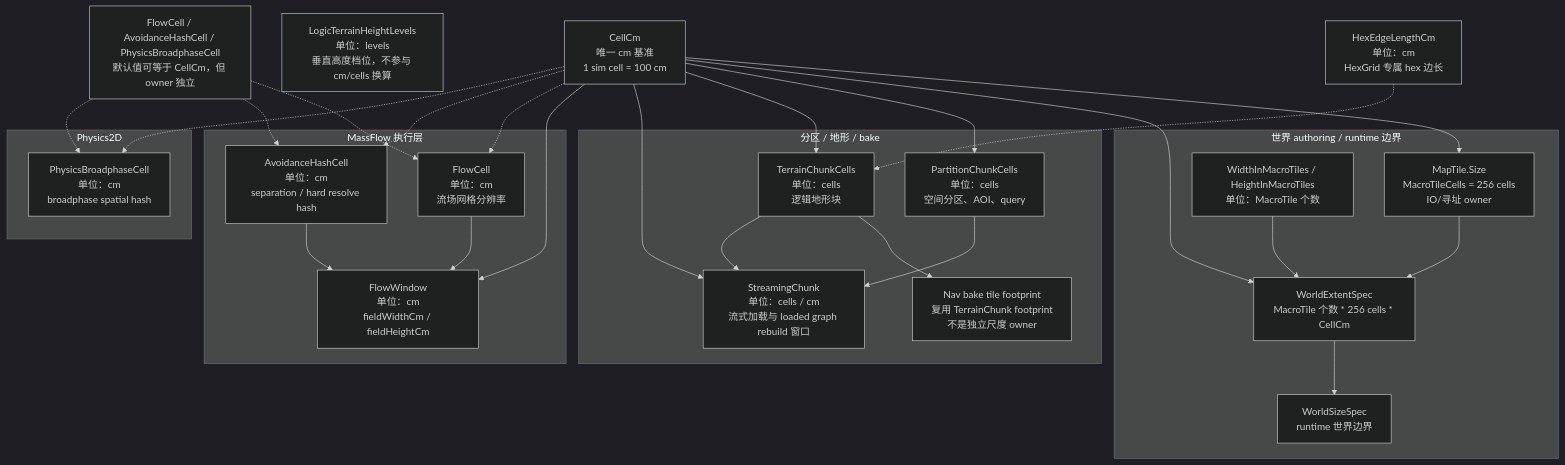
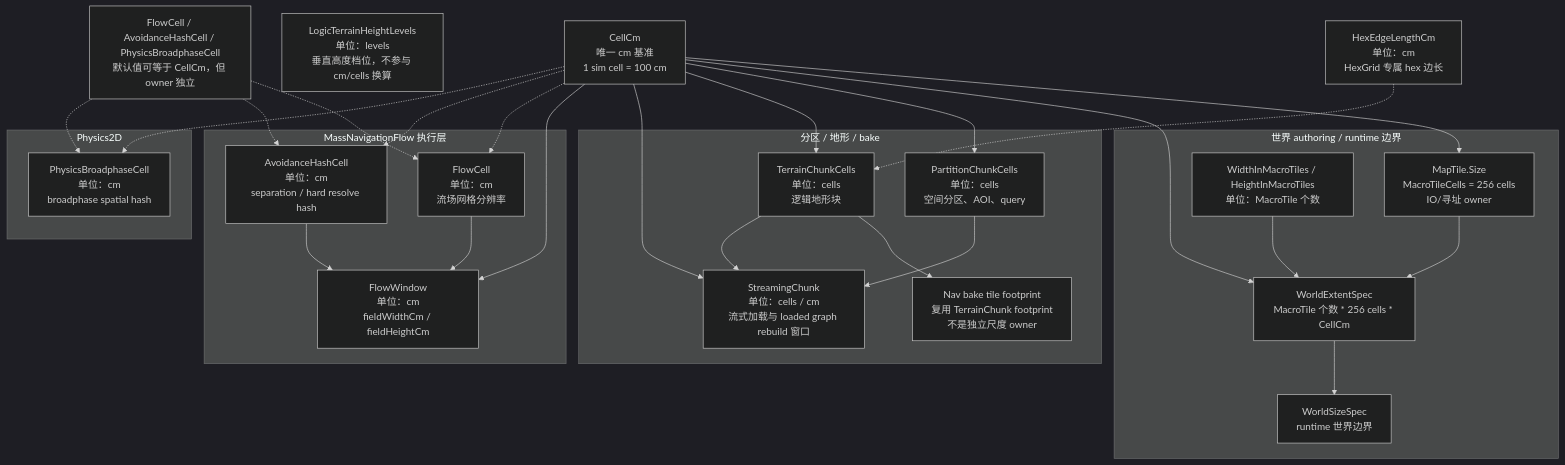
The diagram in gitbook/reference/spatial-scale-configuration.md (MightyBubble/Ludots), drawn with Mermaid (dark theme) before and after one commit. The commit also changed other lines of this file and 271 other files, not shown here.

Commit message:
Complete mass navigation remediation epic

````diff
--- a/gitbook/reference/spatial-scale-configuration.md
+++ b/gitbook/reference/spatial-scale-configuration.md
@@ -9,57 +9,57 @@
 ```mermaid
 flowchart TD
     CellCm["CellCm<br/>唯一 cm 基准<br/>1 sim cell = 100 cm"]
 
     subgraph Authoring["世界 authoring / runtime 边界"]
         MacroOwner["MapTile.Size<br/>MacroTileCells = 256 cells<br/>IO/寻址 owner"]
         MacroCount["WidthInMacroTiles / HeightInMacroTiles<br/>单位：MacroTile 个数"]
         WorldExtent["WorldExtentSpec<br/>MacroTile 个数 * 256 cells * CellCm"]
         WorldSize["WorldSizeSpec<br/>runtime 世界边界"]
     end
 
     subgraph PartitionTerrain["分区 / 地形 / bake"]
         Partition["PartitionChunkCells<br/>单位：cells<br/>空间分区、AOI、query"]
         Terrain["TerrainChunkCells<br/>单位：cells<br/>逻辑地形块"]
         NavFootprint["Nav bake tile footprint<br/>复用 TerrainChunk footprint<br/>不是独立尺度 owner"]
         Streaming["StreamingChunk<br/>单位：cells / cm<br/>流式加载与 loaded graph rebuild 窗口"]
     end
 
-    subgraph MassFlow["MassFlow 执行层"]
+    subgraph MassNavigationFlow["MassNavigationFlow 执行层"]
         FlowWindow["FlowWindow<br/>单位：cm<br/>fieldWidthCm / fieldHeightCm"]
         FlowCell["FlowCell<br/>单位：cm<br/>流场网格分辨率"]
         AvoidHash["AvoidanceHashCell<br/>单位：cm<br/>separation / hard resolve hash"]
     end
 
     subgraph Physics["Physics2D"]
         Broadphase["PhysicsBroadphaseCell<br/>单位：cm<br/>broadphase spatial hash"]
     end
 
     HeightLevels["LogicTerrainHeightLevels<br/>单位：levels<br/>垂直高度档位，不参与 cm/cells 换算"]
     IndependentOwner["FlowCell / AvoidanceHashCell / PhysicsBroadphaseCell<br/>默认值可等于 CellCm，但 owner 独立"]
 
     CellCm --> MacroOwner
     HexEdge["HexEdgeLengthCm<br/>单位：cm<br/>HexGrid 专属 hex 边长"]
     MacroOwner --> WorldExtent
     MacroCount --> WorldExtent
     CellCm --> WorldExtent
     WorldExtent --> WorldSize
 
     CellCm --> Partition
     CellCm --> Terrain
     Terrain --> NavFootprint
     Partition --> Streaming
     Terrain --> Streaming
     CellCm --> Streaming
     HexEdge -.-> Terrain
 
     CellCm --> FlowWindow
     FlowCell --> FlowWindow
     AvoidHash --> FlowWindow
     CellCm -.-> FlowCell
     CellCm -.-> AvoidHash
 
     CellCm -.-> Broadphase
     IndependentOwner -.-> FlowCell
     IndependentOwner -.-> AvoidHash
     IndependentOwner -.-> Broadphase
 ```
````
